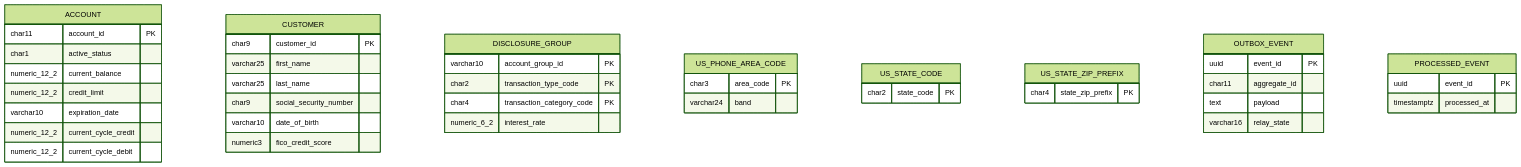
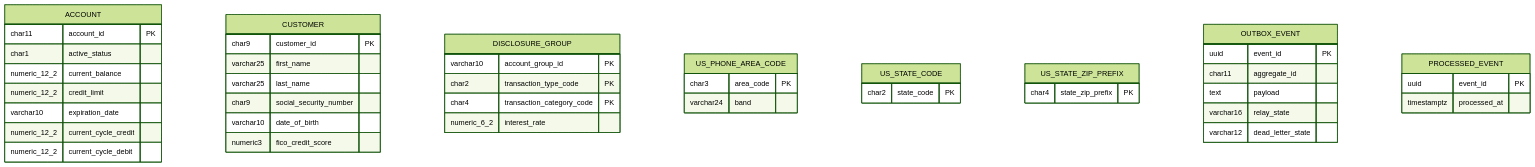
Before and after one commit to blitzy-public-samples/aws-carddemo-blitzy: the fifth of 6 diagrams in card-platform/docs/data-model.md, drawn with Mermaid (forest theme). The commit also changed other lines of this file and 163 other files, not shown here.

````diff
--- a/card-platform/docs/data-model.md
+++ b/card-platform/docs/data-model.md
@@ -377,46 +381,47 @@
 ```mermaid
 erDiagram
     ACCOUNT {
         char11 account_id PK
         char1 active_status
         numeric_12_2 current_balance
         numeric_12_2 credit_limit
         varchar10 expiration_date
         numeric_12_2 current_cycle_credit
         numeric_12_2 current_cycle_debit
     }
     CUSTOMER {
         char9 customer_id PK
         varchar25 first_name
         varchar25 last_name
         char9 social_security_number
         varchar10 date_of_birth
         numeric3 fico_credit_score
     }
     DISCLOSURE_GROUP {
         varchar10 account_group_id PK
         char2 transaction_type_code PK
         char4 transaction_category_code PK
         numeric_6_2 interest_rate
     }
     US_PHONE_AREA_CODE {
         char3 area_code PK
         varchar24 band
     }
     US_STATE_CODE {
         char2 state_code PK
     }
     US_STATE_ZIP_PREFIX {
         char4 state_zip_prefix PK
     }
     OUTBOX_EVENT {
         uuid event_id PK
         char11 aggregate_id
         text payload
         varchar16 relay_state
+        varchar12 dead_letter_state
     }
     PROCESSED_EVENT {
         uuid event_id PK
         timestamptz processed_at
     }
 ```
````
